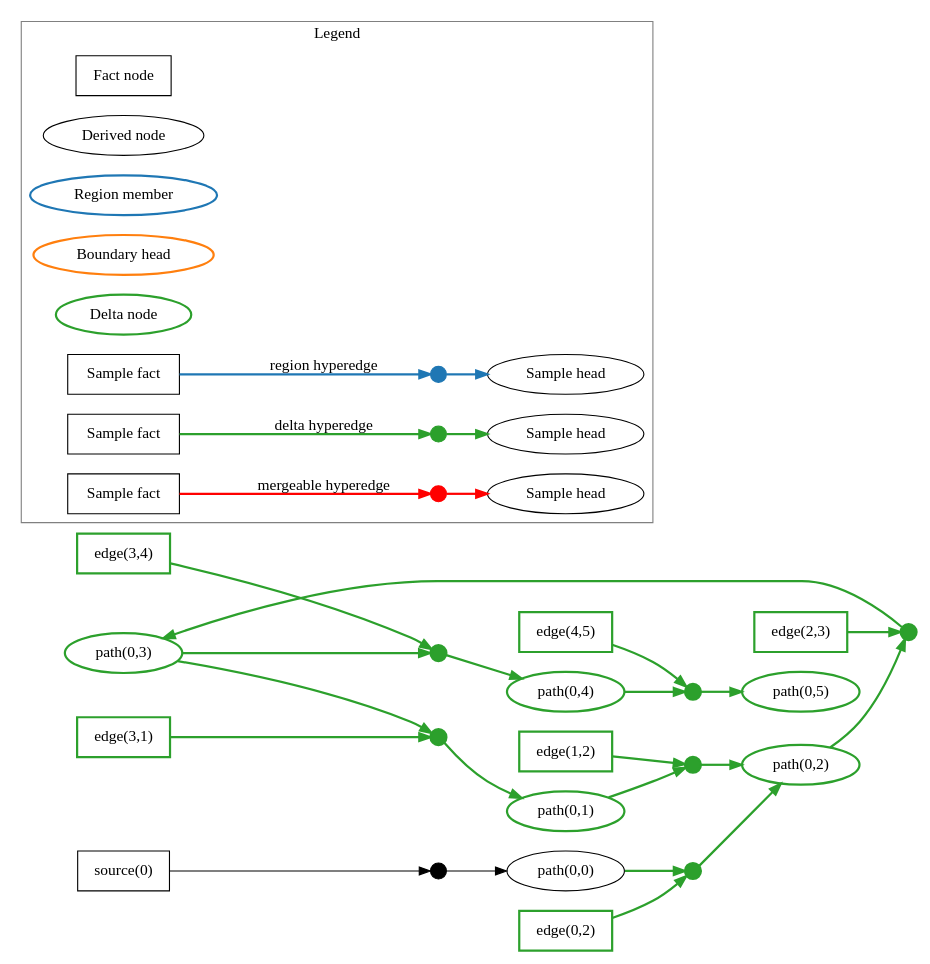
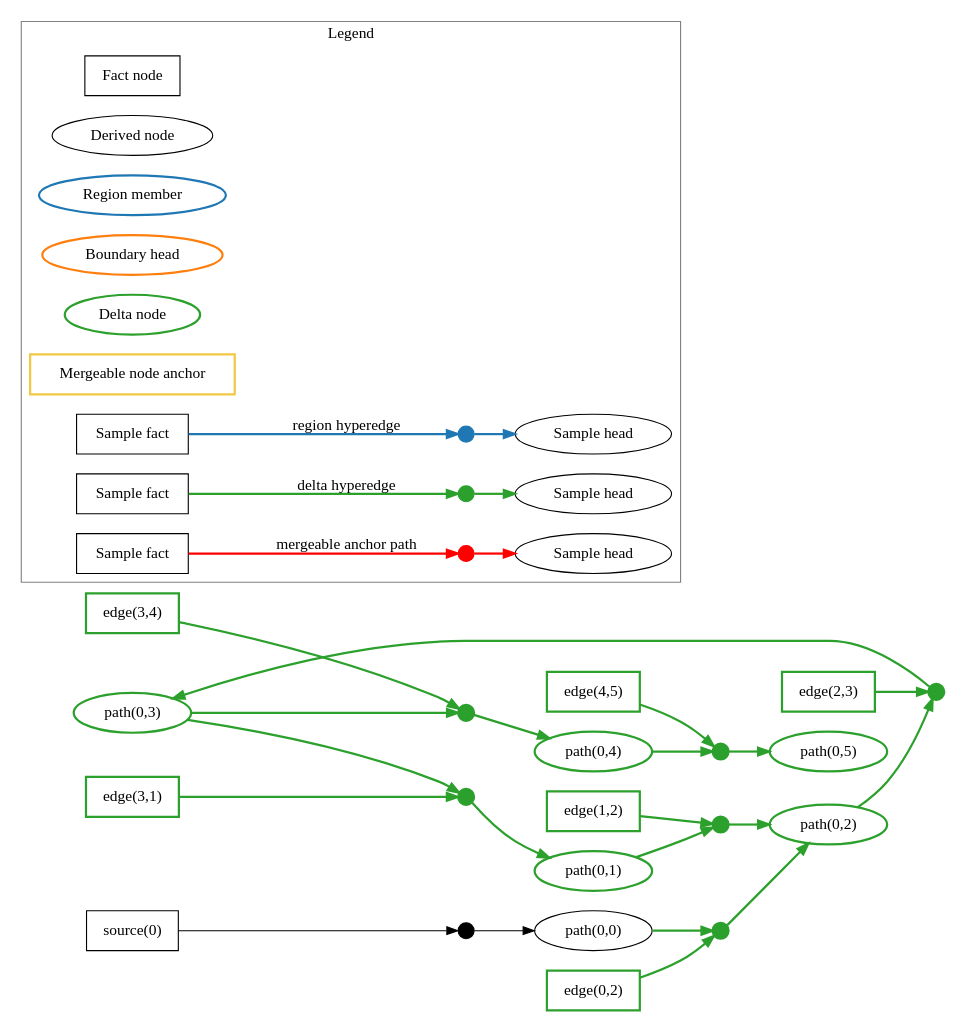
The diagram in examples/cycle_repair_path/example_output/inc-region-1.dot (Hughshine/souffle), drawn with Graphviz before and after one commit. The commit also changed 75 other files, not shown here.

```diff
--- a/examples/cycle_repair_path/example_output/inc-region-1.dot
+++ b/examples/cycle_repair_path/example_output/inc-region-1.dot
@@ -1,67 +1,68 @@
 digraph G {
   rankdir=LR;
   "edge(3,4)" [shape=box, penwidth=2, color="#2ca02c"];
   "edge(2,3)" [shape=box, penwidth=2, color="#2ca02c"];
   "edge(1,2)" [shape=box, penwidth=2, color="#2ca02c"];
   "source(0)" [shape=box, penwidth=1, color="black"];
   "edge(3,1)" [shape=box, penwidth=2, color="#2ca02c"];
   "edge(4,5)" [shape=box, penwidth=2, color="#2ca02c"];
   "path(0,0)" [shape=ellipse, penwidth=1, color="black"];
   "edge(0,2)" [shape=box, penwidth=2, color="#2ca02c"];
   "path(0,4)" [shape=ellipse, penwidth=2, color="#2ca02c"];
   "path(0,5)" [shape=ellipse, penwidth=2, color="#2ca02c"];
   "path(0,3)" [shape=ellipse, penwidth=2, color="#2ca02c"];
   "path(0,1)" [shape=ellipse, penwidth=2, color="#2ca02c"];
   "path(0,2)" [shape=ellipse, penwidth=2, color="#2ca02c"];
-  "edge_node_94287047438832" [shape=point, width=0.2, height=0.2, label="", style=filled, color="black", fillcolor="black", penwidth=1];
-  "source(0)" -> "edge_node_94287047438832" [color="black", penwidth=1, style=solid];
-  "edge_node_94287047438832" -> "path(0,0)" [color="black", penwidth=1, style=solid];
-  "edge_node_94287047573760" [shape=point, width=0.2, height=0.2, label="", style=filled, color="#2ca02c", fillcolor="#2ca02c", penwidth=2];
-  "path(0,4)" -> "edge_node_94287047573760" [color="#2ca02c", penwidth=2, style=solid];
-  "edge(4,5)" -> "edge_node_94287047573760" [color="#2ca02c", penwidth=2, style=solid];
-  "edge_node_94287047573760" -> "path(0,5)" [color="#2ca02c", penwidth=2, style=solid];
-  "edge_node_94287047638672" [shape=point, width=0.2, height=0.2, label="", style=filled, color="#2ca02c", fillcolor="#2ca02c", penwidth=2];
-  "path(0,3)" -> "edge_node_94287047638672" [color="#2ca02c", penwidth=2, style=solid];
-  "edge(3,4)" -> "edge_node_94287047638672" [color="#2ca02c", penwidth=2, style=solid];
-  "edge_node_94287047638672" -> "path(0,4)" [color="#2ca02c", penwidth=2, style=solid];
-  "edge_node_94287047639216" [shape=point, width=0.2, height=0.2, label="", style=filled, color="#2ca02c", fillcolor="#2ca02c", penwidth=2];
-  "path(0,3)" -> "edge_node_94287047639216" [color="#2ca02c", penwidth=2, style=solid];
-  "edge(3,1)" -> "edge_node_94287047639216" [color="#2ca02c", penwidth=2, style=solid];
-  "edge_node_94287047639216" -> "path(0,1)" [color="#2ca02c", penwidth=2, style=solid];
-  "edge_node_94287047639760" [shape=point, width=0.2, height=0.2, label="", style=filled, color="#2ca02c", fillcolor="#2ca02c", penwidth=2];
-  "path(0,2)" -> "edge_node_94287047639760" [color="#2ca02c", penwidth=2, style=solid];
-  "edge(2,3)" -> "edge_node_94287047639760" [color="#2ca02c", penwidth=2, style=solid];
-  "edge_node_94287047639760" -> "path(0,3)" [color="#2ca02c", penwidth=2, style=solid];
-  "edge_node_94287047640128" [shape=point, width=0.2, height=0.2, label="", style=filled, color="#2ca02c", fillcolor="#2ca02c", penwidth=2];
-  "path(0,1)" -> "edge_node_94287047640128" [color="#2ca02c", penwidth=2, style=solid];
-  "edge(1,2)" -> "edge_node_94287047640128" [color="#2ca02c", penwidth=2, style=solid];
-  "edge_node_94287047640128" -> "path(0,2)" [color="#2ca02c", penwidth=2, style=solid];
-  "edge_node_94287047640496" [shape=point, width=0.2, height=0.2, label="", style=filled, color="#2ca02c", fillcolor="#2ca02c", penwidth=2];
-  "path(0,0)" -> "edge_node_94287047640496" [color="#2ca02c", penwidth=2, style=solid];
-  "edge(0,2)" -> "edge_node_94287047640496" [color="#2ca02c", penwidth=2, style=solid];
-  "edge_node_94287047640496" -> "path(0,2)" [color="#2ca02c", penwidth=2, style=solid];
+  "edge_node_6" [shape=point, width=0.2, height=0.2, label="", style=filled, color="black", fillcolor="black", penwidth=1];
+  "source(0)" -> "edge_node_6" [color="black", penwidth=1, style=solid];
+  "edge_node_6" -> "path(0,0)" [color="black", penwidth=1, style=solid];
+  "edge_node_7" [shape=point, width=0.2, height=0.2, label="", style=filled, color="#2ca02c", fillcolor="#2ca02c", penwidth=2];
+  "path(0,4)" -> "edge_node_7" [color="#2ca02c", penwidth=2, style=solid];
+  "edge(4,5)" -> "edge_node_7" [color="#2ca02c", penwidth=2, style=solid];
+  "edge_node_7" -> "path(0,5)" [color="#2ca02c", penwidth=2, style=solid];
+  "edge_node_8" [shape=point, width=0.2, height=0.2, label="", style=filled, color="#2ca02c", fillcolor="#2ca02c", penwidth=2];
+  "path(0,3)" -> "edge_node_8" [color="#2ca02c", penwidth=2, style=solid];
+  "edge(3,4)" -> "edge_node_8" [color="#2ca02c", penwidth=2, style=solid];
+  "edge_node_8" -> "path(0,4)" [color="#2ca02c", penwidth=2, style=solid];
+  "edge_node_9" [shape=point, width=0.2, height=0.2, label="", style=filled, color="#2ca02c", fillcolor="#2ca02c", penwidth=2];
+  "path(0,3)" -> "edge_node_9" [color="#2ca02c", penwidth=2, style=solid];
+  "edge(3,1)" -> "edge_node_9" [color="#2ca02c", penwidth=2, style=solid];
+  "edge_node_9" -> "path(0,1)" [color="#2ca02c", penwidth=2, style=solid];
+  "edge_node_10" [shape=point, width=0.2, height=0.2, label="", style=filled, color="#2ca02c", fillcolor="#2ca02c", penwidth=2];
+  "path(0,2)" -> "edge_node_10" [color="#2ca02c", penwidth=2, style=solid];
+  "edge(2,3)" -> "edge_node_10" [color="#2ca02c", penwidth=2, style=solid];
+  "edge_node_10" -> "path(0,3)" [color="#2ca02c", penwidth=2, style=solid];
+  "edge_node_11" [shape=point, width=0.2, height=0.2, label="", style=filled, color="#2ca02c", fillcolor="#2ca02c", penwidth=2];
+  "path(0,1)" -> "edge_node_11" [color="#2ca02c", penwidth=2, style=solid];
+  "edge(1,2)" -> "edge_node_11" [color="#2ca02c", penwidth=2, style=solid];
+  "edge_node_11" -> "path(0,2)" [color="#2ca02c", penwidth=2, style=solid];
+  "edge_node_12" [shape=point, width=0.2, height=0.2, label="", style=filled, color="#2ca02c", fillcolor="#2ca02c", penwidth=2];
+  "path(0,0)" -> "edge_node_12" [color="#2ca02c", penwidth=2, style=solid];
+  "edge(0,2)" -> "edge_node_12" [color="#2ca02c", penwidth=2, style=solid];
+  "edge_node_12" -> "path(0,2)" [color="#2ca02c", penwidth=2, style=solid];
   subgraph cluster_legend {
     label="Legend";
     color=gray;
     legend_fact [shape=box, label="Fact node"];
     legend_derived [shape=ellipse, label="Derived node"];
     legend_region [shape=ellipse, penwidth=2, color="#1f77b4", label="Region member"];
     legend_boundary [shape=ellipse, penwidth=2, color="#ff7f0e", label="Boundary head"];
     legend_delta_node [shape=ellipse, penwidth=2, color="#2ca02c", label="Delta node"];
+    legend_anchor_node [shape=box, penwidth=2, color="#f2c744", label="Mergeable node anchor"];
     legend_src_region [shape=box, label="Sample fact"];
     legend_dst_region [shape=ellipse, label="Sample head"];
     legend_hyper_region [shape=point, width=0.2, height=0.2, label="", style=filled, color="#1f77b4", fillcolor="#1f77b4"];
     legend_src_region -> legend_hyper_region [color="#1f77b4", penwidth=2, label="region hyperedge"];
     legend_hyper_region -> legend_dst_region [color="#1f77b4", penwidth=2];
     legend_src_delta [shape=box, label="Sample fact"];
     legend_dst_delta [shape=ellipse, label="Sample head"];
     legend_hyper_delta [shape=point, width=0.2, height=0.2, label="", style=filled, color="#2ca02c", fillcolor="#2ca02c"];
     legend_src_delta -> legend_hyper_delta [color="#2ca02c", penwidth=2, label="delta hyperedge"];
     legend_hyper_delta -> legend_dst_delta [color="#2ca02c", penwidth=2];
     legend_src_merge [shape=box, label="Sample fact"];
     legend_dst_merge [shape=ellipse, label="Sample head"];
     legend_hyper_merge [shape=point, width=0.2, height=0.2, label="", style=filled, color="red", fillcolor="red"];
-    legend_src_merge -> legend_hyper_merge [color="red", penwidth=2, label="mergeable hyperedge"];
+    legend_src_merge -> legend_hyper_merge [color="red", penwidth=2, label="mergeable anchor path"];
     legend_hyper_merge -> legend_dst_merge [color="red", penwidth=2];
   }
 }
```
